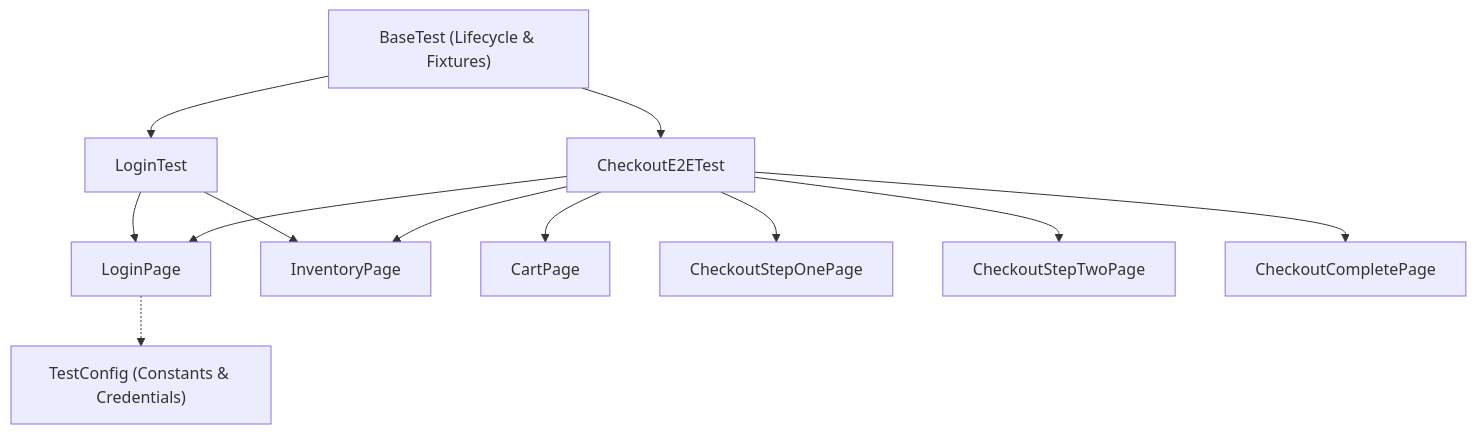
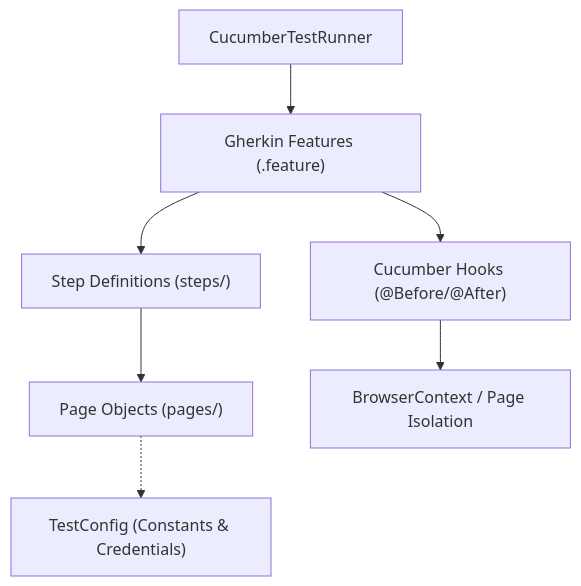
The diagram in .junie/plans/update-plan-file-and-test-strategy.md (almezi/saucedemocom-ui-playwright), drawn with Mermaid before and after one commit. The commit also changed other lines of this file and 3 other files, not shown here.

First line of the commit message:
Add Cucumber BDD framework with Playwright integration and restructure test strategy.

````diff
--- a/.junie/plans/update-plan-file-and-test-strategy.md
+++ b/.junie/plans/update-plan-file-and-test-strategy.md
@@ -72,14 +79,9 @@
 ```mermaid
 graph TD
-    BaseTest["BaseTest (Lifecycle & Fixtures)"] --> LoginTest["LoginTest"]
-    BaseTest --> CheckoutTest["CheckoutE2ETest"]
-    LoginTest --> LoginPage["LoginPage"]
-    LoginTest --> InventoryPage["InventoryPage"]
-    CheckoutTest --> LoginPage
-    CheckoutTest --> InventoryPage
-    CheckoutTest --> CartPage["CartPage"]
-    CheckoutTest --> CheckoutStepOne["CheckoutStepOnePage"]
-    CheckoutTest --> CheckoutStepTwo["CheckoutStepTwoPage"]
-    CheckoutTest --> CheckoutComplete["CheckoutCompletePage"]
-    LoginPage -.-> TestConfig["TestConfig (Constants & Credentials)"]
+    CucumberRunner["CucumberTestRunner"] --> Features["Gherkin Features (.feature)"]
+    Features --> Hooks["Cucumber Hooks (@Before/@After)"]
+    Features --> Steps["Step Definitions (steps/)"]
+    Steps --> Pages["Page Objects (pages/)"]
+    Hooks --> Context["BrowserContext / Page Isolation"]
+    Pages -.-> TestConfig["TestConfig (Constants & Credentials)"]
 ```
````
